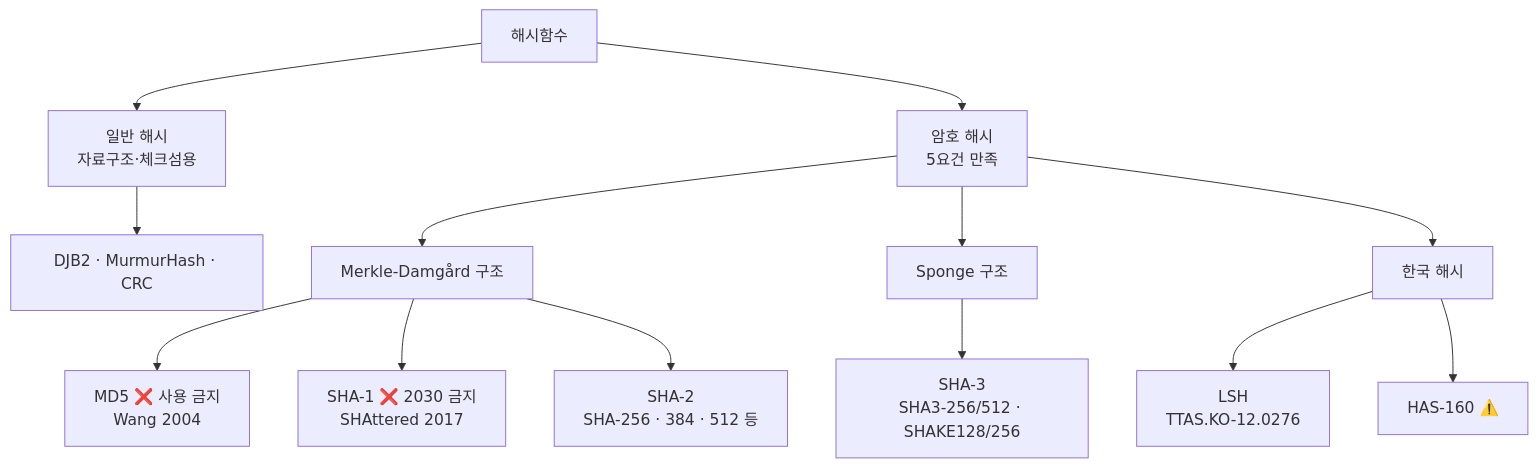
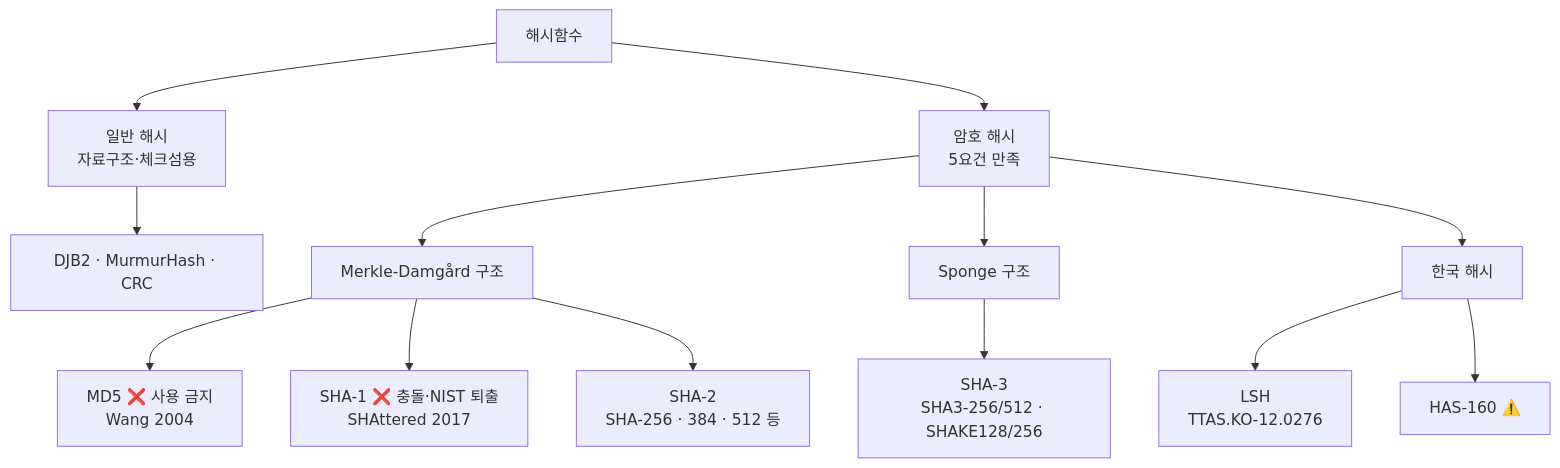
The second of 5 diagrams in cs/information-security/study/04.security-general/06.hash-and-mac.md (ianrang/cs-study), drawn with Mermaid before and after one commit. The commit also changed other lines of this file and 1 other file, not shown here.

````diff
--- a/cs/information-security/study/04.security-general/06.hash-and-mac.md
+++ b/cs/information-security/study/04.security-general/06.hash-and-mac.md
@@ -645,21 +658,21 @@
 ```mermaid
 graph TD
   H[해시함수]
   H --> H1[일반 해시<br/>자료구조·체크섬용]
   H --> H2[암호 해시<br/>5요건 만족]
 
   H1 --> H1a[DJB2 · MurmurHash · CRC]
 
   H2 --> H2MD[Merkle-Damgård 구조]
   H2 --> H2SP[Sponge 구조]
 
   H2MD --> MD5[MD5 ❌ 사용 금지<br/>Wang 2004]
-  H2MD --> SHA1[SHA-1 ❌ 2030 금지<br/>SHAttered 2017]
+  H2MD --> SHA1[SHA-1 ❌ 충돌·NIST 퇴출<br/>SHAttered 2017]
   H2MD --> SHA2[SHA-2<br/>SHA-256 · 384 · 512 등]
 
   H2SP --> SHA3[SHA-3<br/>SHA3-256/512 · SHAKE128/256]
 
   H2 --> KOR[한국 해시]
   KOR --> LSH[LSH<br/>TTAS.KO-12.0276]
   KOR --> HAS[HAS-160 ⚠️]
 ```
````
